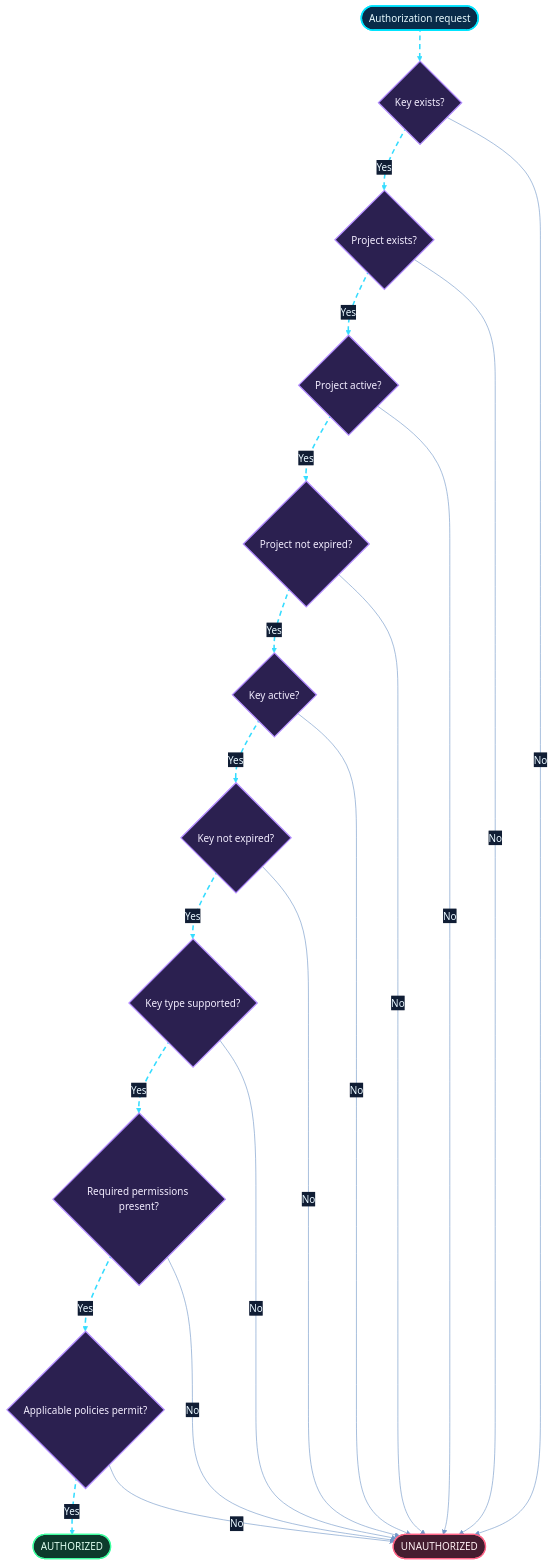
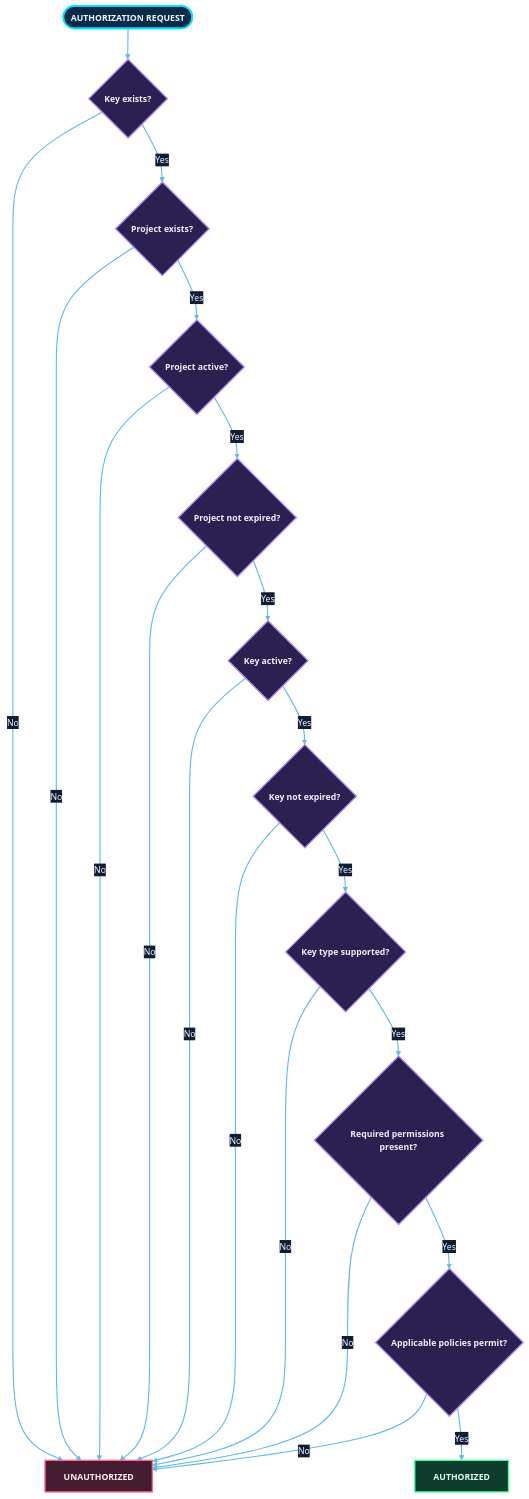
One commit to shajeduzzamanenan992008inc/NexOra-Database-key-Gen changed diagram 12 of 23 in README.md. Above: the diagram before and after it, drawn with Mermaid. The commit also changed other lines of this file, not shown here.

````diff
--- a/README.md
+++ b/README.md
@@ -1070,42 +1066,40 @@
 ```mermaid
-%%{init: {"theme":"base","themeVariables":{"darkMode":true,"background":"#07111f","primaryColor":"#102744","primaryTextColor":"#e8f7ff","primaryBorderColor":"#00d9ff","lineColor":"#7297c8","secondaryColor":"#261d45","secondaryTextColor":"#f3eaff","secondaryBorderColor":"#a78bfa","tertiaryColor":"#12332b","tertiaryTextColor":"#e0fff1","tertiaryBorderColor":"#41e6a2","fontFamily":"Inter, Segoe UI, sans-serif","edgeLabelBackground":"#101d34","mainBkg":"#102744","nodeBorder":"#00d9ff","clusterBkg":"#0b1930","clusterBorder":"#6f7dff","actorBkg":"#102744","actorBorder":"#00d9ff","actorTextColor":"#e8f7ff","signalColor":"#64d8ff","signalTextColor":"#e8f7ff","noteBkgColor":"#0e332b","noteBorderColor":"#41e6a2","noteTextColor":"#e0fff1"}}}%%
-flowchart TD
-    R(["Authorization request"]) nx10e01@--> Q1{"Key exists?"}
-    Q1 nx10e02@-->|Yes| Q2{"Project exists?"}
-    Q2 nx10e03@-->|Yes| Q3{"Project active?"}
-    Q3 nx10e04@-->|Yes| Q4{"Project not expired?"}
-    Q4 nx10e05@-->|Yes| Q5{"Key active?"}
-    Q5 nx10e06@-->|Yes| Q6{"Key not expired?"}
-    Q6 nx10e07@-->|Yes| Q7{"Key type supported?"}
-    Q7 nx10e08@-->|Yes| Q8{"Required permissions present?"}
-    Q8 nx10e09@-->|Yes| Q9{"Applicable policies permit?"}
-    Q9 nx10e10@-->|Yes| OK(["AUTHORIZED"])
-    Q1 -->|No| NO(["UNAUTHORIZED"])
-    Q2 -->|No| NO
-    Q3 -->|No| NO
-    Q4 -->|No| NO
-    Q5 -->|No| NO
-    Q6 -->|No| NO
-    Q7 -->|No| NO
-    Q8 -->|No| NO
-    Q9 -->|No| NO
+%%{init: {"theme":"base","themeVariables":{"darkMode":true,"background":"#07111f","primaryColor":"#102744","primaryTextColor":"#e8f7ff","primaryBorderColor":"#00d9ff","lineColor":"#62b9e8","secondaryColor":"#261d45","secondaryTextColor":"#f3eaff","secondaryBorderColor":"#a78bfa","tertiaryColor":"#12332b","tertiaryTextColor":"#e0fff1","tertiaryBorderColor":"#41e6a2","fontFamily":"Inter, Segoe UI, sans-serif","fontSize":"14px","edgeLabelBackground":"#101d34","mainBkg":"#102744","nodeBorder":"#00d9ff","clusterBkg":"#0b1930","clusterBorder":"#6f7dff","actorBkg":"#102744","actorBorder":"#00d9ff","actorTextColor":"#e8f7ff","signalColor":"#64d8ff","signalTextColor":"#e8f7ff","noteBkgColor":"#0e332b","noteBorderColor":"#41e6a2","noteTextColor":"#e0fff1"}}}%%
+flowchart TB
+    REQUEST(["AUTHORIZATION REQUEST"]) --> Q1{"Key exists?"}
+    Q1 -->|No| DENY["UNAUTHORIZED"]
+    Q1 -->|Yes| Q2{"Project exists?"}
+    Q2 -->|No| DENY
+    Q2 -->|Yes| Q3{"Project active?"}
+    Q3 -->|No| DENY
+    Q3 -->|Yes| Q4{"Project not expired?"}
+    Q4 -->|No| DENY
+    Q4 -->|Yes| Q5{"Key active?"}
+    Q5 -->|No| DENY
+    Q5 -->|Yes| Q6{"Key not expired?"}
+    Q6 -->|No| DENY
+    Q6 -->|Yes| Q7{"Key type supported?"}
+    Q7 -->|No| DENY
+    Q7 -->|Yes| Q8{"Required permissions present?"}
+    Q8 -->|No| DENY
+    Q8 -->|Yes| Q9{"Applicable policies permit?"}
+    Q9 -->|No| DENY
+    Q9 -->|Yes| ALLOW["AUTHORIZED"]
 
-    %% OMEGA NEX-ORA visual classes
-    %% OMEGA NEX-ORA / ULTRA NEON PALETTE
-    classDef nxCore fill:#092b49,stroke:#00e5ff,stroke-width:2.5px,color:#e9fbff;
-    classDef nxProcess fill:#102b45,stroke:#3dbcf5,stroke-width:1.5px,color:#e9f6ff;
-    classDef nxDecision fill:#2b2050,stroke:#b38cff,stroke-width:2px,color:#f3edff;
-    classDef nxSuccess fill:#0d3b2c,stroke:#3fffa0,stroke-width:2px,color:#e0fff0;
-    classDef nxDanger fill:#451d30,stroke:#ff6688,stroke-width:2px,color:#fff0f3;
+
+    %% OMEGA NEX-ORA · ULTRA NEON DESIGN SYSTEM
+    classDef nxCore fill:#092b49,stroke:#00e5ff,stroke-width:2.8px,color:#e9fbff,font-weight:bold;
+    classDef nxProcess fill:#102b45,stroke:#3dbcf5,stroke-width:1.7px,color:#e9f6ff;
+    classDef nxDecision fill:#2b2050,stroke:#b38cff,stroke-width:2.2px,color:#f3edff,font-weight:bold;
+    classDef nxSuccess fill:#0d3b2c,stroke:#3fffa0,stroke-width:2.2px,color:#e0fff0,font-weight:bold;
+    classDef nxDanger fill:#451d30,stroke:#ff6688,stroke-width:2.2px,color:#fff0f3,font-weight:bold;
     classDef nxData fill:#12352d,stroke:#63e6be,stroke-width:2px,color:#e1fff5;
     classDef nxExternal fill:#2b2149,stroke:#c4a5ff,stroke-width:2px,color:#f3ecff;
     classDef nxInfo fill:#17253e,stroke:#91a7c9,stroke-width:1.5px,color:#e5efff;
     classDef nxWarning fill:#453116,stroke:#fbbf24,stroke-width:2px,color:#fff6d6;
-    %% Moving dashed route: Mermaid applies this class to explicitly identified edges.
-    classDef nxAnimated stroke:#35dcff,stroke-width:2.5px,stroke-dasharray:8\,6,stroke-dashoffset:1000,animation:dash 24s linear infinite;
-    class R nxCore;
+    linkStyle default stroke:#62b9e8,stroke-width:1.8px;
+    class REQUEST nxCore;
     class Q1,Q2,Q3,Q4,Q5,Q6,Q7,Q8,Q9 nxDecision;
-    class OK nxSuccess;
-    class NO nxDanger;
-    class nx10e01,nx10e02,nx10e03,nx10e04,nx10e05,nx10e06,nx10e07,nx10e08,nx10e09,nx10e10 nxAnimated;
+    class ALLOW nxSuccess;
+    class DENY nxDanger;
 ```
````
